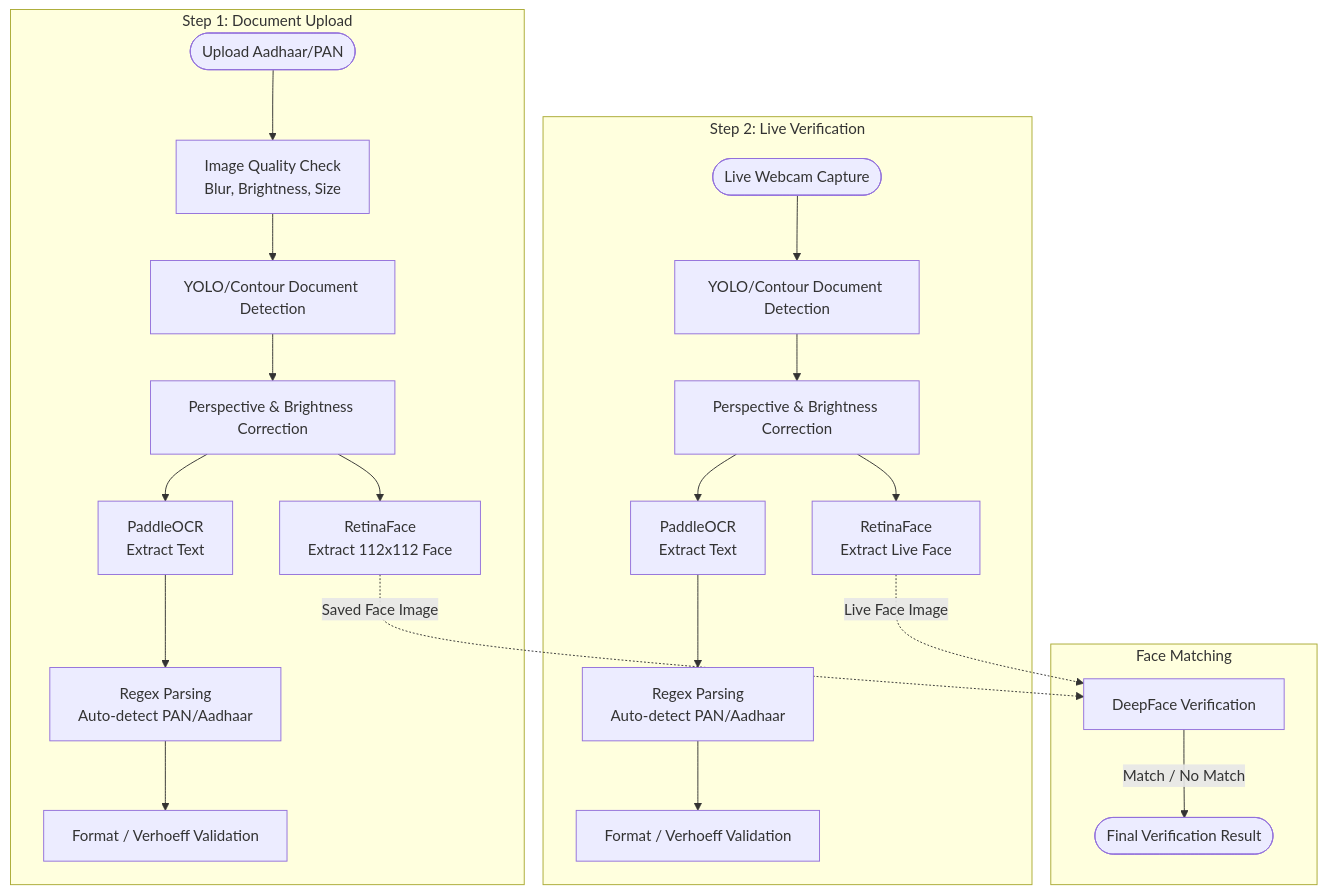
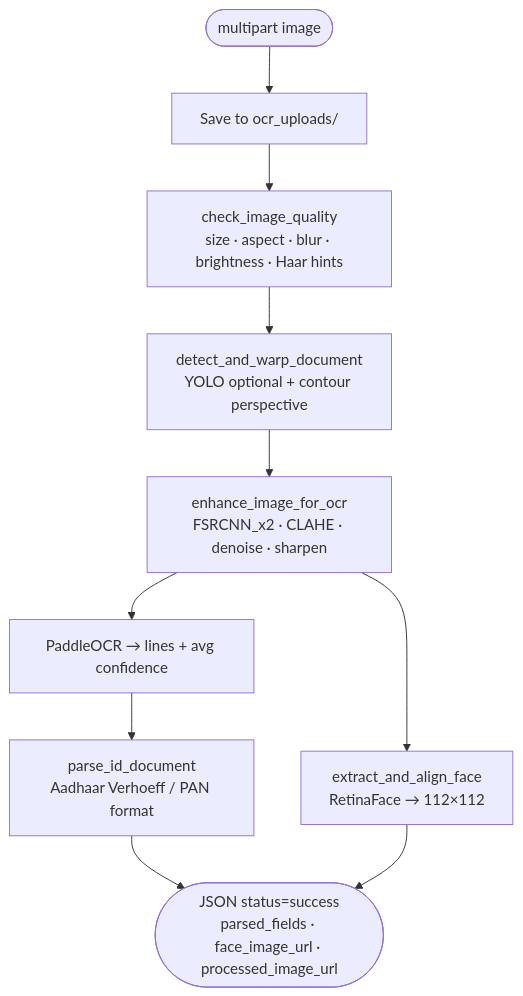
One commit to Saravanan2005real/zudoc-doctor-portal-EKYC changed the sixth of 11 diagrams in docs/ARCHITECTURE.md. Above: the diagram before and after it, drawn with Mermaid. The commit also changed other lines of this file and 1 other file, not shown here.

First line of the commit message:
Rewrite README and architecture docs for the Python eKYC pipeline.

````diff
--- a/docs/ARCHITECTURE.md
+++ b/docs/ARCHITECTURE.md
@@ -202,31 +242,12 @@
 ```mermaid
 flowchart TD
-  subgraph Step1["Step 1: Document Upload"]
-    S1_Upload([Upload Aadhaar/PAN]) --> S1_Quality[Image Quality Check<br/>Blur, Brightness, Size]
-    S1_Quality --> S1_YOLO[YOLO/Contour Document Detection]
-    S1_YOLO --> S1_Warp[Perspective & Brightness Correction]
-    
-    S1_Warp --> S1_Face[RetinaFace<br/>Extract 112x112 Face]
-    S1_Warp --> S1_OCR[PaddleOCR<br/>Extract Text]
-    
-    S1_OCR --> S1_Parse[Regex Parsing<br/>Auto-detect PAN/Aadhaar]
-    S1_Parse --> S1_Valid[Format / Verhoeff Validation]
-  end
-
-  subgraph Step2["Step 2: Live Verification"]
-    S2_Cam([Live Webcam Capture]) --> S2_YOLO[YOLO/Contour Document Detection]
-    S2_YOLO --> S2_Warp[Perspective & Brightness Correction]
-    
-    S2_Warp --> S2_Face[RetinaFace<br/>Extract Live Face]
-    S2_Warp --> S2_OCR[PaddleOCR<br/>Extract Text]
-    
-    S2_OCR --> S2_Parse[Regex Parsing<br/>Auto-detect PAN/Aadhaar]
-    S2_Parse --> S2_Valid[Format / Verhoeff Validation]
-  end
-
-  subgraph DeepFace["Face Matching"]
-    S1_Face -.->|Saved Face Image| Match[DeepFace Verification]
-    S2_Face -.->|Live Face Image| Match
-    Match -->|Match / No Match| Result([Final Verification Result])
-  end
+  In([multipart image]) --> Save[Save to ocr_uploads/]
+  Save --> Q[check_image_quality<br/>size · aspect · blur · brightness · Haar hints]
+  Q --> Det[detect_and_warp_document<br/>YOLO optional + contour perspective]
+  Det --> Enh[enhance_image_for_ocr<br/>FSRCNN_x2 · CLAHE · denoise · sharpen]
+  Enh --> Face[extract_and_align_face<br/>RetinaFace → 112×112]
+  Enh --> OCR[PaddleOCR → lines + avg confidence]
+  OCR --> Parse[parse_id_document<br/>Aadhaar Verhoeff / PAN format]
+  Parse --> Out([JSON status=success<br/>parsed_fields · face_image_url · processed_image_url])
+  Face --> Out
 ```
````
